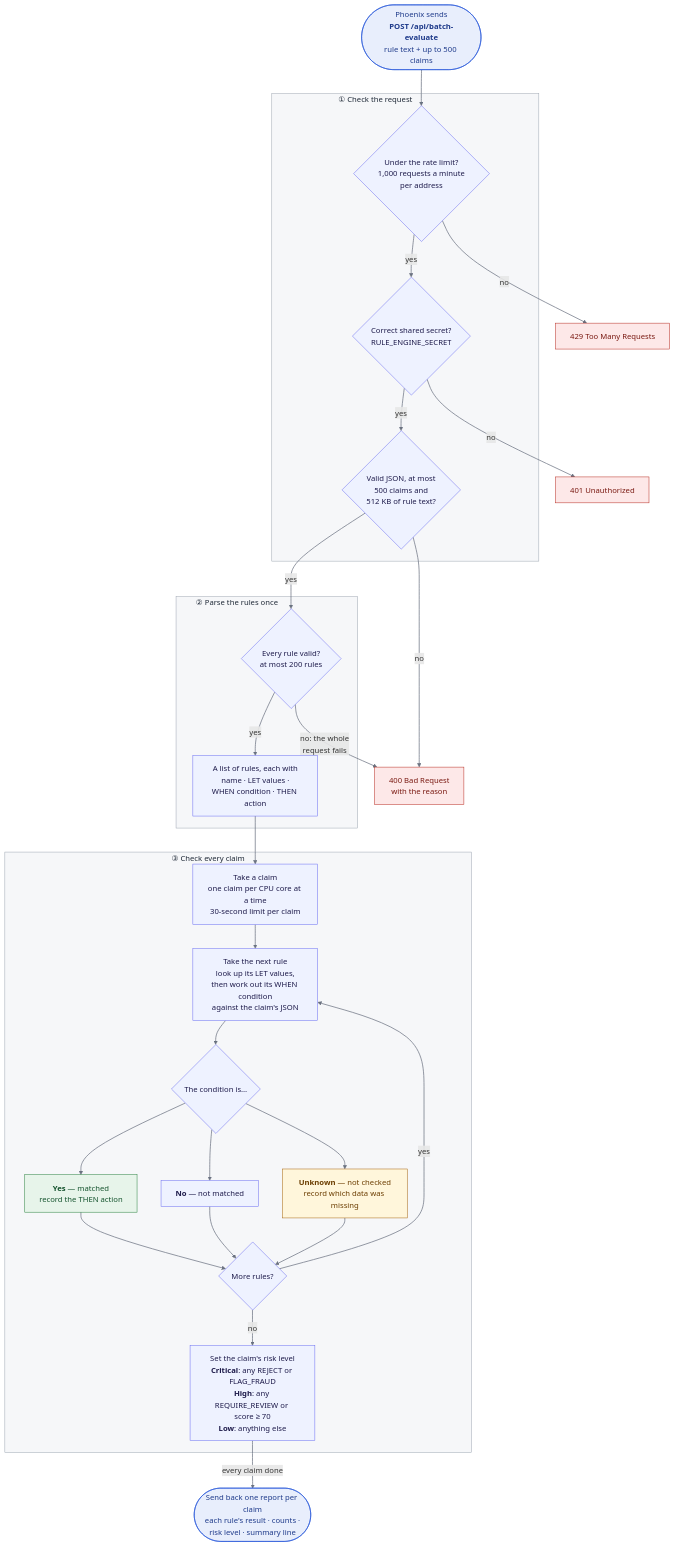
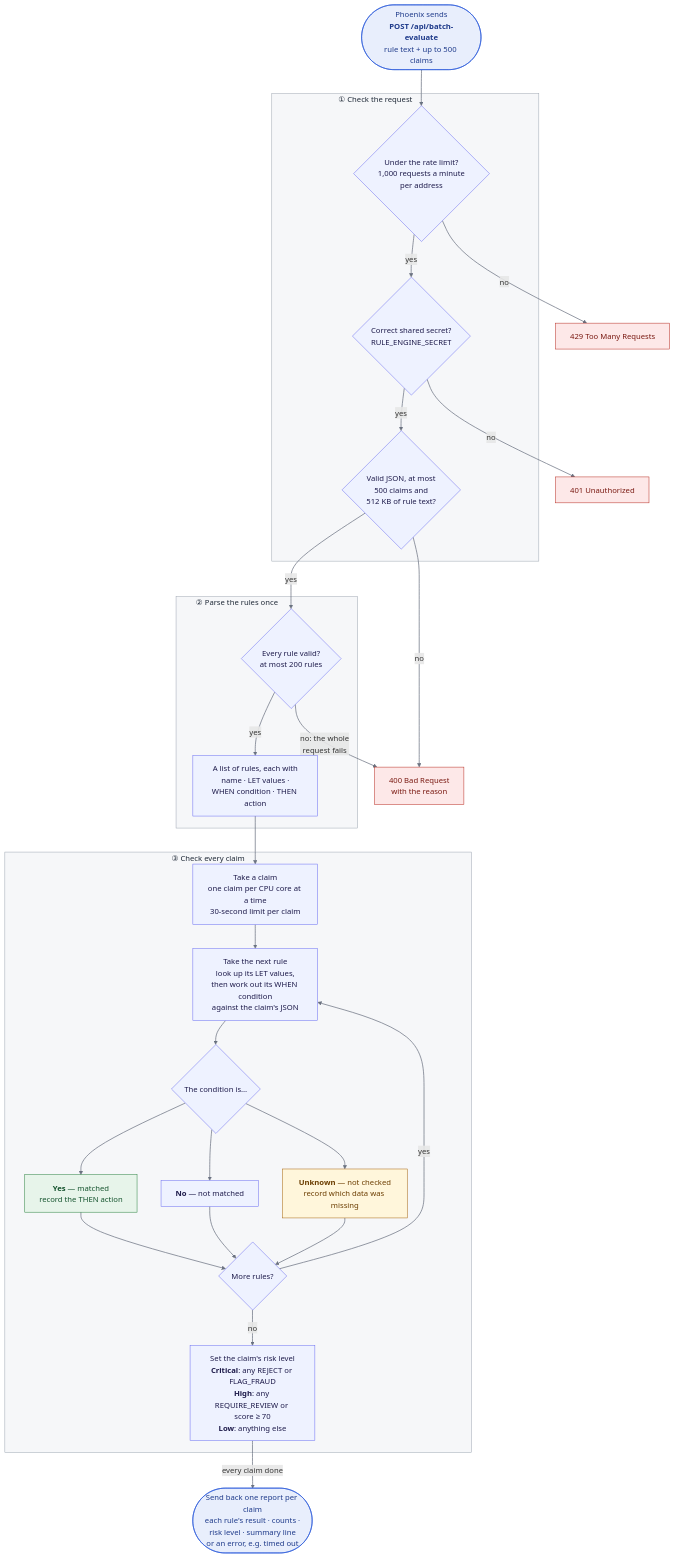
Before and after one commit to donfox/medicaid_claims_checker: the diagram in haskell_engine/README.md, drawn with Mermaid. The commit also changed other lines of this file and 12 other files, not shown here.

````diff
--- a/haskell_engine/README.md
+++ b/haskell_engine/README.md
@@ -141,66 +141,66 @@
 ```mermaid
 flowchart TD
     IN(["Phoenix sends<br/><b>POST /api/batch-evaluate</b><br/>rule text + up to 500 claims"])
 
     subgraph S1["①&nbsp;Check&nbsp;the&nbsp;request&nbsp;&nbsp;&nbsp;&nbsp;&nbsp;&nbsp;&nbsp;&nbsp;&nbsp;&nbsp;&nbsp;&nbsp;&nbsp;&nbsp;&nbsp;&nbsp;&nbsp;&nbsp;&nbsp;&nbsp;&nbsp;&nbsp;&nbsp;&nbsp;&nbsp;&nbsp;&nbsp;&nbsp;&nbsp;&nbsp;"]
         RL{"Under the rate limit?<br/>1,000 requests a minute<br/>per address"}
         AU{"Correct shared secret?<br/>RULE_ENGINE_SECRET"}
         SZ{"Valid JSON, at most<br/>500 claims and<br/>512 KB of rule text?"}
     end
 
     subgraph S2["②&nbsp;Parse&nbsp;the&nbsp;rules&nbsp;once&nbsp;&nbsp;&nbsp;&nbsp;&nbsp;&nbsp;&nbsp;&nbsp;&nbsp;&nbsp;&nbsp;&nbsp;&nbsp;&nbsp;&nbsp;&nbsp;&nbsp;&nbsp;&nbsp;&nbsp;&nbsp;&nbsp;&nbsp;&nbsp;&nbsp;&nbsp;&nbsp;&nbsp;&nbsp;&nbsp;"]
         PR{"Every rule valid?<br/>at most 200 rules"}
         AST["A list of rules, each with<br/>name · LET values ·<br/>WHEN condition · THEN action"]
     end
 
     subgraph S3["③&nbsp;Check&nbsp;every&nbsp;claim&nbsp;&nbsp;&nbsp;&nbsp;&nbsp;&nbsp;&nbsp;&nbsp;&nbsp;&nbsp;&nbsp;&nbsp;&nbsp;&nbsp;&nbsp;&nbsp;&nbsp;&nbsp;&nbsp;&nbsp;&nbsp;&nbsp;&nbsp;&nbsp;&nbsp;&nbsp;&nbsp;&nbsp;&nbsp;&nbsp;"]
         CL["Take a claim<br/>one claim per CPU core at a time<br/>30-second limit per claim"]
         RU["Take the next rule<br/>look up its LET values,<br/>then work out its WHEN condition<br/>against the claim's JSON"]
         TV{"The condition is…"}
         YES["<b>Yes</b> — matched<br/>record the THEN action"]
         NO["<b>No</b> — not matched"]
         UNK["<b>Unknown</b> — not checked<br/>record which data was missing"]
         MORE{"More rules?"}
         RK["Set the claim's risk level<br/><b>Critical</b>: any REJECT or FLAG_FRAUD<br/><b>High</b>: any REQUIRE_REVIEW or score ≥ 70<br/><b>Low</b>: anything else"]
     end
 
-    OUT(["Send back one report per claim<br/>each rule's result · counts ·<br/>risk level · summary line"])
+    OUT(["Send back one report per claim<br/>each rule's result · counts ·<br/>risk level · summary line<br/>or an error, e.g. timed out"])
 
     E429["429 Too Many Requests"]
     E401["401 Unauthorized"]
     E400["400 Bad Request<br/>with the reason"]
 
     IN --> RL
     RL -- yes --> AU
     RL -- no --> E429
     AU -- yes --> SZ
     AU -- no --> E401
     SZ -- yes --> PR
     SZ -- no --> E400
     PR -- yes --> AST
     PR -- "no: the whole<br/>request fails" --> E400
     AST --> CL --> RU --> TV
     TV --> YES
     TV --> NO
     TV --> UNK
     YES --> MORE
     NO --> MORE
     UNK --> MORE
     MORE -- yes --> RU
     MORE -- no --> RK
     RK -- "every claim done" --> OUT
 
     classDef err fill:#fde8e8,stroke:#b42318,color:#7a1a12
     classDef good fill:#e7f4ea,stroke:#1e7b34,color:#14532d
     classDef unk fill:#fff6db,stroke:#a15c00,color:#6b3d00
     classDef io fill:#e8eefc,stroke:#1d4ed8,color:#1e3a8a
     class E429,E401,E400 err
     class YES good
     class UNK unk
     class IN,OUT io
     style S1 fill:#f6f7f9,stroke:#9aa3af,color:#1f2937
     style S2 fill:#f6f7f9,stroke:#9aa3af,color:#1f2937
     style S3 fill:#f6f7f9,stroke:#9aa3af,color:#1f2937
     classDef default fill:#eef2ff,stroke:#6366f1,color:#1e1b4b
     linkStyle default stroke:#6b7280,stroke-width:1.5px
 ```
````
